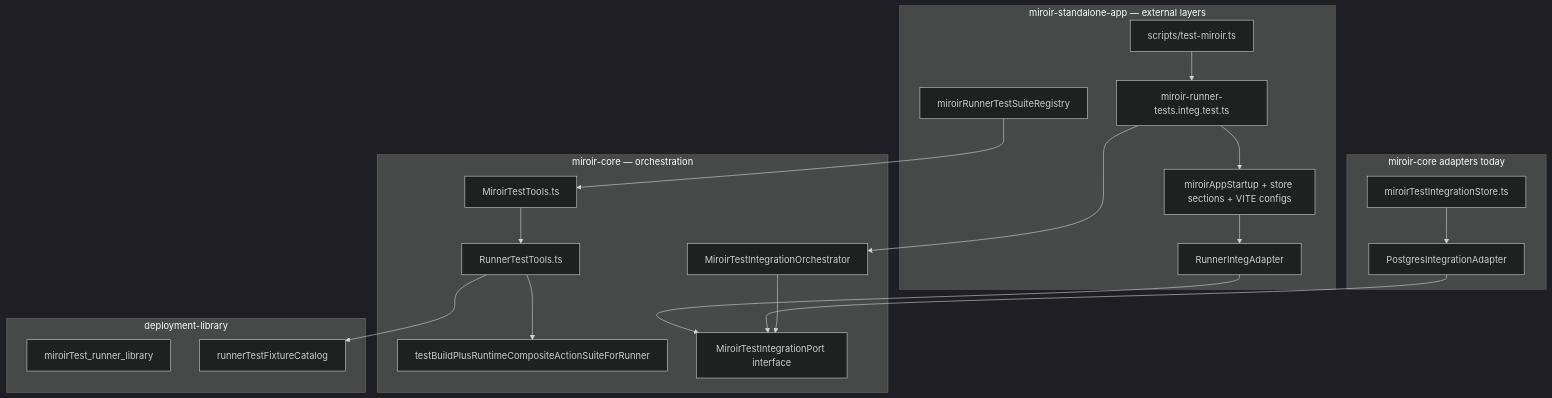
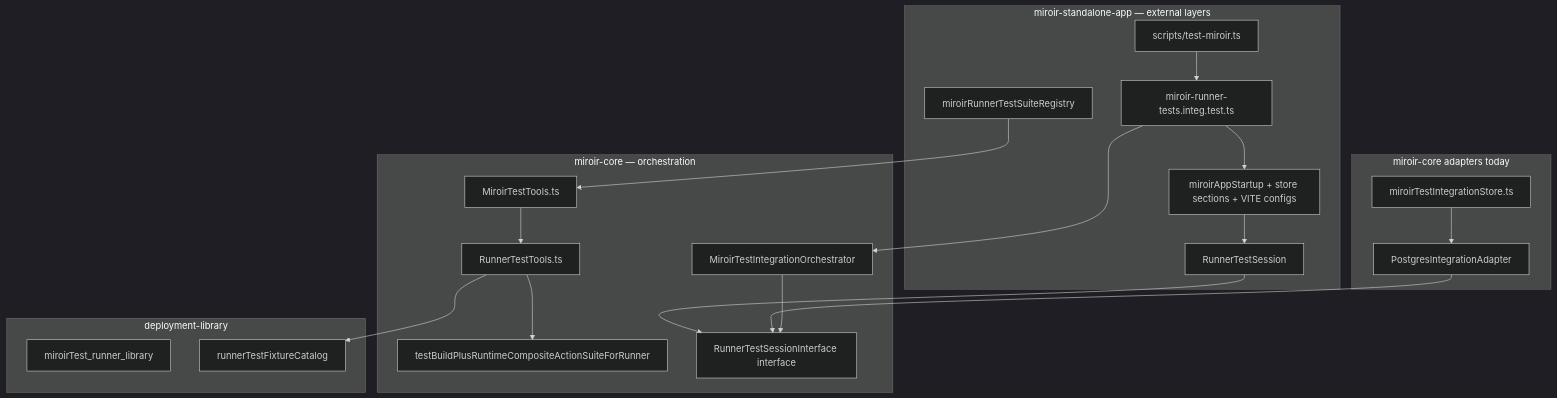
One commit to miroir-framework/miroir changed the second of 3 diagrams in code-helpers/features/197-FEATURE- run integration tests in the UI/plan.md. Above: the diagram before and after it, drawn with Mermaid (dark theme). The commit also changed other lines of this file and 29 other files, not shown here.

Commit message:
#197 FEATURE: run integration tests in the UI. Refactoring test startup sequence (around setupMiroirTest)

````diff
--- a/code-helpers/features/197-FEATURE- run integration tests in the UI/plan.md
+++ b/code-helpers/features/197-FEATURE- run integration tests in the UI/plan.md
@@ -239,41 +239,41 @@
 ```mermaid
 flowchart TB
   subgraph standalone [miroir-standalone-app — external layers]
     SCRIPT[scripts/test-miroir.ts]
     ENTRY[miroir-runner-tests.integ.test.ts]
     REG[miroirRunnerTestSuiteRegistry]
-    ADAPT_RUN[RunnerIntegAdapter]
+    ADAPT_RUN[RunnerTestSession]
     STARTUP[miroirAppStartup + store sections + VITE configs]
   end
 
   subgraph core [miroir-core — orchestration]
     ORCH[MiroirTestIntegrationOrchestrator]
     MT[MiroirTestTools.ts]
     RT[RunnerTestTools.ts]
     BLD[testBuildPlusRuntimeCompositeActionSuiteForRunner]
-    PORT[MiroirTestIntegrationPort interface]
+    PORT[RunnerTestSessionInterface interface]
   end
 
   subgraph core_adapters [miroir-core adapters today]
     ADAPT_XFORM[PostgresIntegrationAdapter]
     STORE[miroirTestIntegrationStore.ts]
   end
 
   subgraph deploy [deployment-library]
     INST[miroirTest_runner_library]
     FIX[runnerTestFixtureCatalog]
   end
 
   SCRIPT --> ENTRY
   ENTRY --> STARTUP
   ENTRY --> ORCH
   REG --> MT
   ORCH --> PORT
   ADAPT_XFORM --> PORT
   ADAPT_RUN --> PORT
   STORE --> ADAPT_XFORM
   STARTUP --> ADAPT_RUN
   MT --> RT
   RT --> FIX
   RT --> BLD
 ```
````
